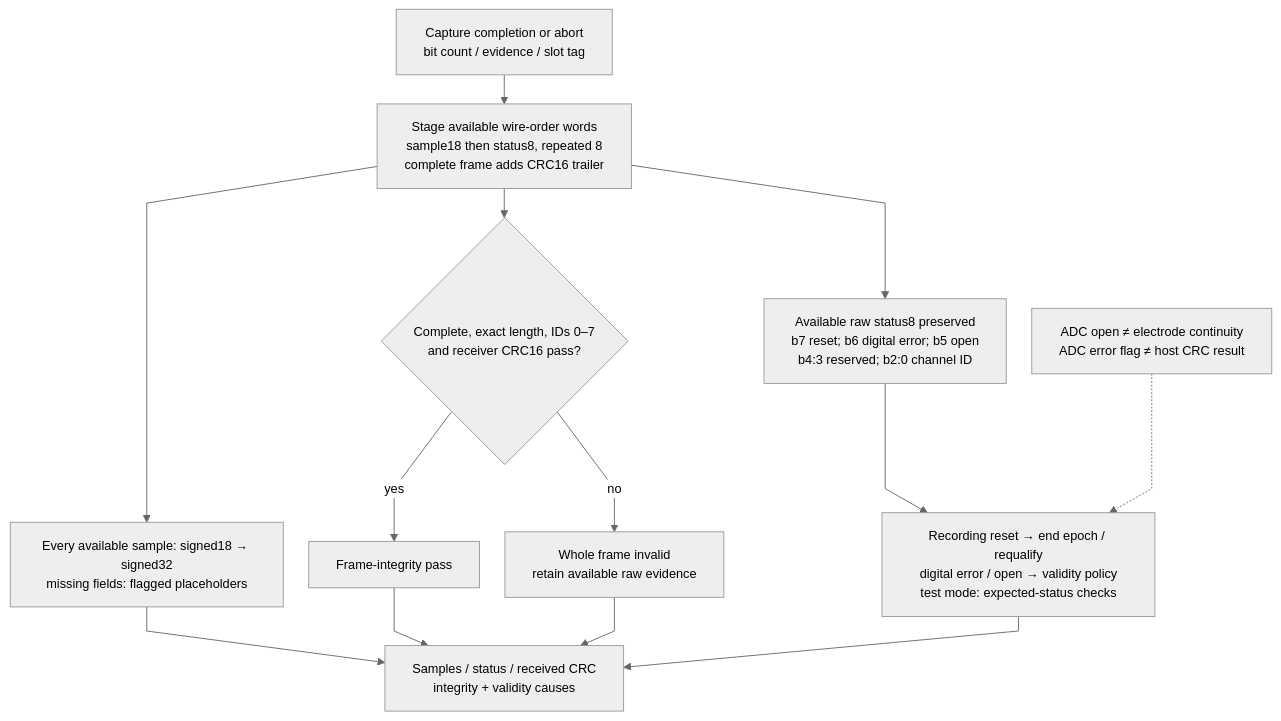
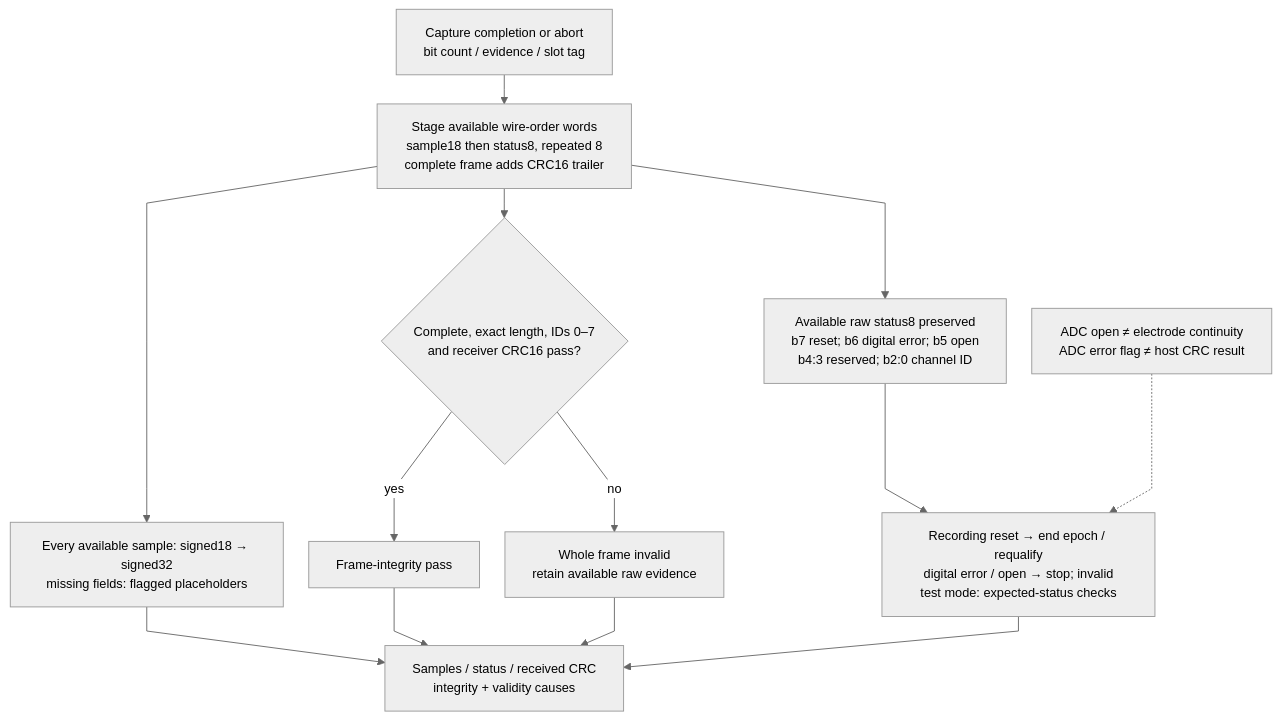
Before and after one commit to baolgn/DRG-pain-project: diagram 14 of 27 in microcontroller/acquisition/README.md, drawn with Mermaid. The commit also changed other lines of this file and 19 other files, not shown here.

````diff
--- a/microcontroller/acquisition/README.md
+++ b/microcontroller/acquisition/README.md
@@ -320,16 +325,16 @@
 ```mermaid
 %%{init: {"theme":"neutral","themeVariables":{"fontFamily":"Arial,sans-serif","fontSize":"14px"},"flowchart":{"htmlLabels":true,"minNodeWidth":0,"wrappingWidth":240,"nodeSpacing":28,"rankSpacing":32,"curve":"linear"}}}%%
 flowchart TB
     IN["Capture completion or abort<br/>bit count / evidence / slot tag"] --> STAGE["Stage available wire-order words<br/>sample18 then status8, repeated 8<br/>complete frame adds CRC16 trailer"]
     STAGE --> CHECK{"Complete, exact length, IDs 0–7<br/>and receiver CRC16 pass?"}
     CHECK -->|"yes"| PASS["Frame-integrity pass"]
     CHECK -->|"no"| BAD["Whole frame invalid<br/>retain available raw evidence"]
     STAGE --> NUM["Every available sample: signed18 → signed32<br/>missing fields: flagged placeholders"]
     STAGE --> STATUS["Available raw status8 preserved<br/>b7 reset; b6 digital error; b5 open<br/>b4:3 reserved; b2:0 channel ID"]
-    STATUS --> FLAGS["Recording reset → end epoch / requalify<br/>digital error / open → validity policy<br/>test mode: expected-status checks"]
+    STATUS --> FLAGS["Recording reset → end epoch / requalify<br/>digital error / open → stop; invalid<br/>test mode: expected-status checks"]
     NUM --> OUT["Samples / status / received CRC<br/>integrity + validity causes"]
     PASS --> OUT
     BAD --> OUT
     FLAGS --> OUT
     NOTE["ADC open ≠ electrode continuity<br/>ADC error flag ≠ host CRC result"] -.-> FLAGS
 ```
````
